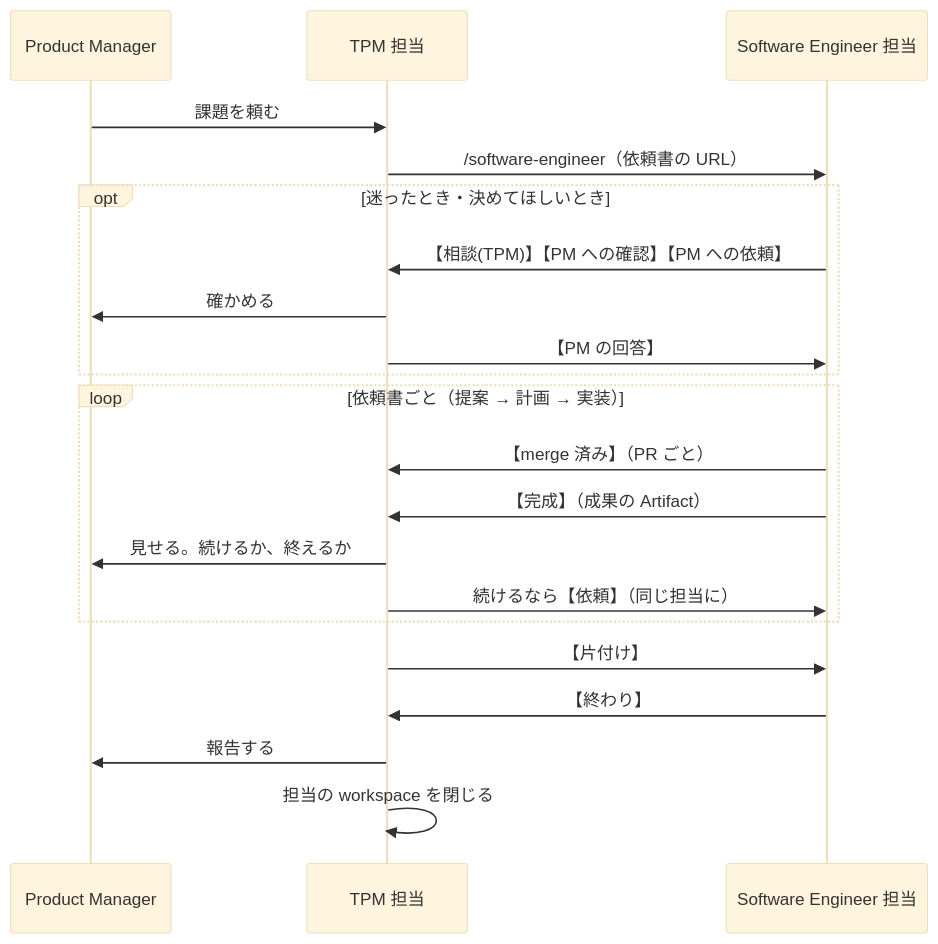
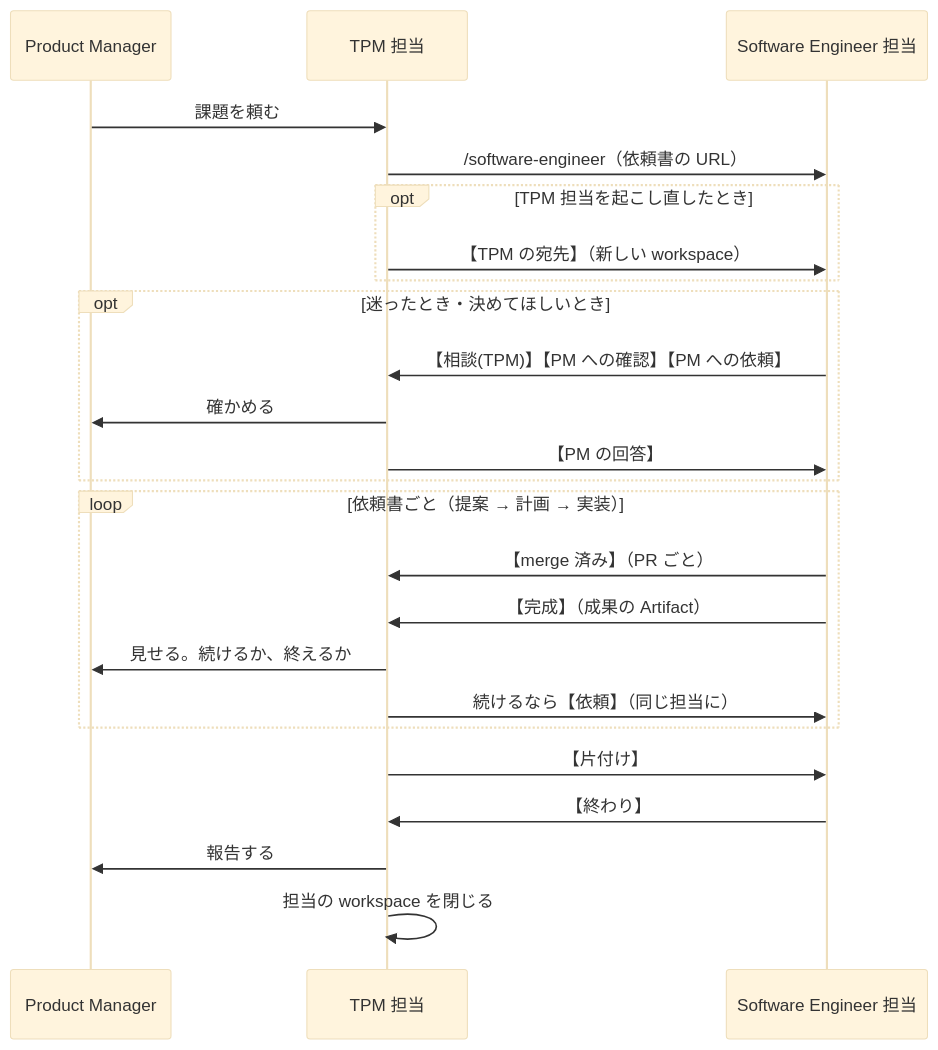
The diagram in docs-site/src/content/docs/protocol.md (uraitakahito/roster), drawn with Mermaid (base theme) before and after one commit. The commit also changed 6 other files, not shown here.

First line of the commit message:
feat: 起こし直した TPM 担当が【TPM の宛先】で担当に新しい workspace を知らせる（t-surface-lookup） (#41)

````diff
--- a/docs-site/src/content/docs/protocol.md
+++ b/docs-site/src/content/docs/protocol.md
@@ -20,23 +20,26 @@
 ```mermaid
 sequenceDiagram
   participant PM as Product Manager
   participant TPM as TPM 担当
   participant SE as Software Engineer 担当
   PM->>TPM: 課題を頼む
   TPM->>SE: /software-engineer（依頼書の URL）
+  opt TPM 担当を起こし直したとき
+    TPM->>SE: 【TPM の宛先】（新しい workspace）
+  end
   opt 迷ったとき・決めてほしいとき
     SE->>TPM: 【相談(TPM)】【PM への確認】【PM への依頼】
     TPM->>PM: 確かめる
     TPM->>SE: 【PM の回答】
   end
   loop 依頼書ごと（提案 → 計画 → 実装）
     SE->>TPM: 【merge 済み】（PR ごと）
     SE->>TPM: 【完成】（成果の Artifact）
     TPM->>PM: 見せる。続けるか、終えるか
     TPM->>SE: 続けるなら【依頼】（同じ担当に）
   end
   TPM->>SE: 【片付け】
   SE->>TPM: 【終わり】
   TPM->>PM: 報告する
   TPM->>TPM: 担当の workspace を閉じる
 ```
````
